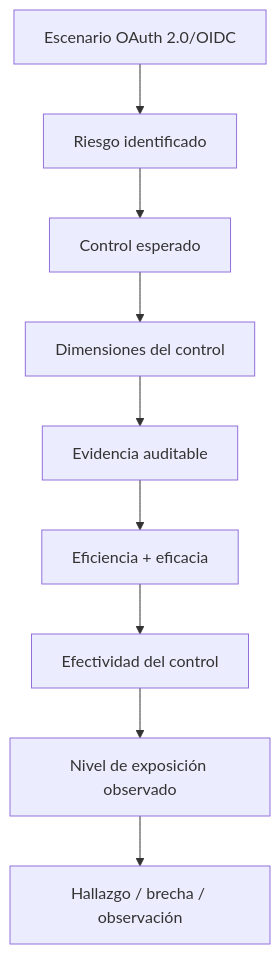
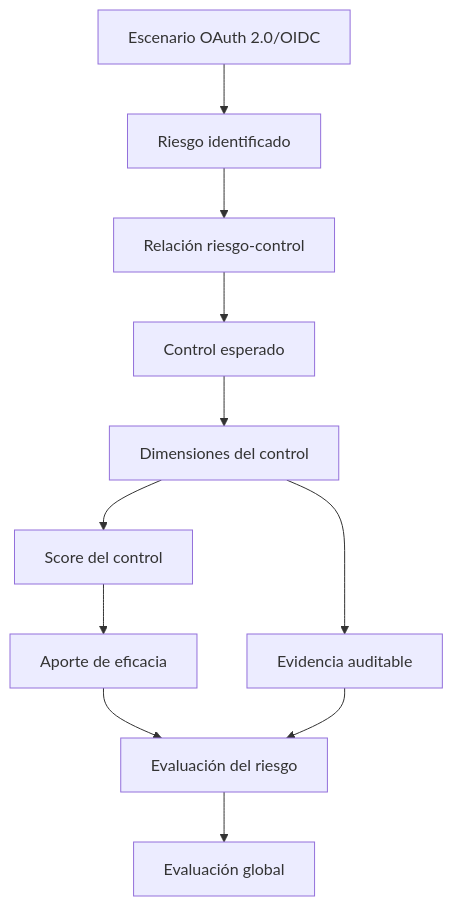
Diagram 19 of 19 in tesis/README.md (FredyRosero/evaluacion-controles-oauth2-oidc), drawn with Mermaid before and after one commit. The commit also changed other lines of this file, not shown here.

```diff
--- a/tesis/README.md
+++ b/tesis/README.md
@@ -3060,11 +3620,13 @@
 ~~~mermaid
 graph TD
-A[Escenario OAuth 2.0/OIDC] --> B[Riesgo identificado]
-B --> C[Control esperado]
-C --> D[Dimensiones del control]
-D --> E[Evidencia auditable]
-E --> F[Eficiencia + eficacia]
-F --> G[Efectividad del control]
-G --> H[Nivel de exposición observado]
-H --> I[Hallazgo / brecha / observación]
+    A[Escenario OAuth 2.0/OIDC] --> B[Riesgo identificado]
+    B --> C[Relación riesgo-control]
+    C --> D[Control esperado]
+    D --> E[Dimensiones del control]
+    E --> F[Score del control]
+    F --> G[Aporte de eficacia]
+    G --> H[Evaluación del riesgo]
+    H --> I[Evaluación global]
+    E --> J[Evidencia auditable]
+    J --> H
 ~~~
```
